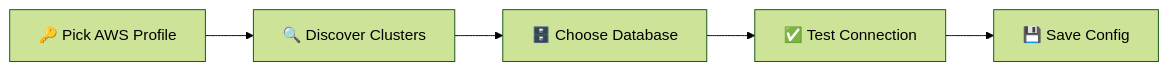
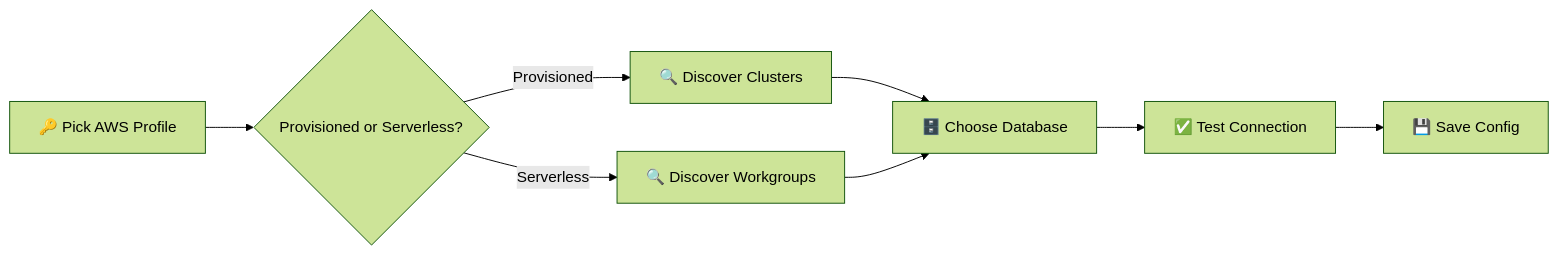
The second of 4 diagrams in README.md (onsen-ai/redshift-skill), drawn with Mermaid (forest theme) before and after one commit. The commit also changed other lines of this file and 3 other files, not shown here.

````diff
--- a/README.md
+++ b/README.md
@@ -84,7 +84,10 @@
 ```mermaid
 flowchart LR
-    A[🔑 Pick AWS Profile] --> B[🔍 Discover Clusters]
-    B --> C[🗄️ Choose Database]
-    C --> D[✅ Test Connection]
-    D --> E[💾 Save Config]
+    A[🔑 Pick AWS Profile] --> B{Provisioned or Serverless?}
+    B -->|Provisioned| C[🔍 Discover Clusters]
+    B -->|Serverless| D[🔍 Discover Workgroups]
+    C --> E[🗄️ Choose Database]
+    D --> E
+    E --> F[✅ Test Connection]
+    F --> G[💾 Save Config]
 ```
````
